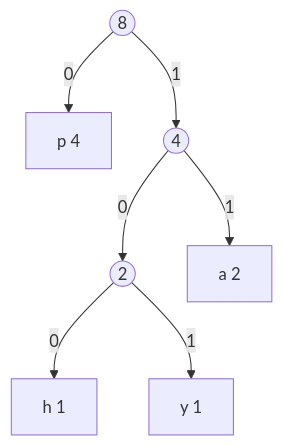
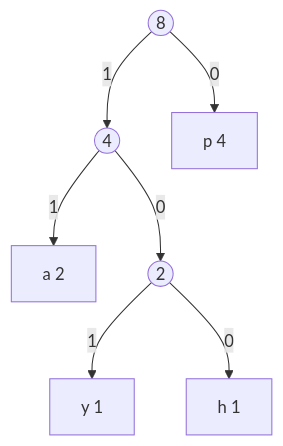
Diagram 14 of 14 in 115上/data-structure/ch6-tree.mdx (TW-RF54732/zyninote_notes), drawn with Mermaid before and after one commit. The commit also changed other lines of this file and 2 other files, not shown here.

Commit message:
fix: fill data structure exam gaps from lecture slides
- ch4: full operator precedence table, priority queue array/linked insert & delete steps
- ch6: Huffman labeling follows textbook (left 1, right 0), widget updated

````diff
--- a/115上/data-structure/ch6-tree.mdx
+++ b/115上/data-structure/ch6-tree.mdx
@@ -711,9 +711,9 @@
 ```mermaid
 graph TD
-  R((8)) -->|0| P[p 4]
-  R -->|1| N4((4))
+  R((8)) -->|1| N4((4))
+  R -->|0| P[p 4]
+  N4 -->|1| A[a 2]
   N4 -->|0| N2((2))
-  N4 -->|1| A[a 2]
+  N2 -->|1| Y[y 1]
   N2 -->|0| H[h 1]
-  N2 -->|1| Y[y 1]
 ```
````
